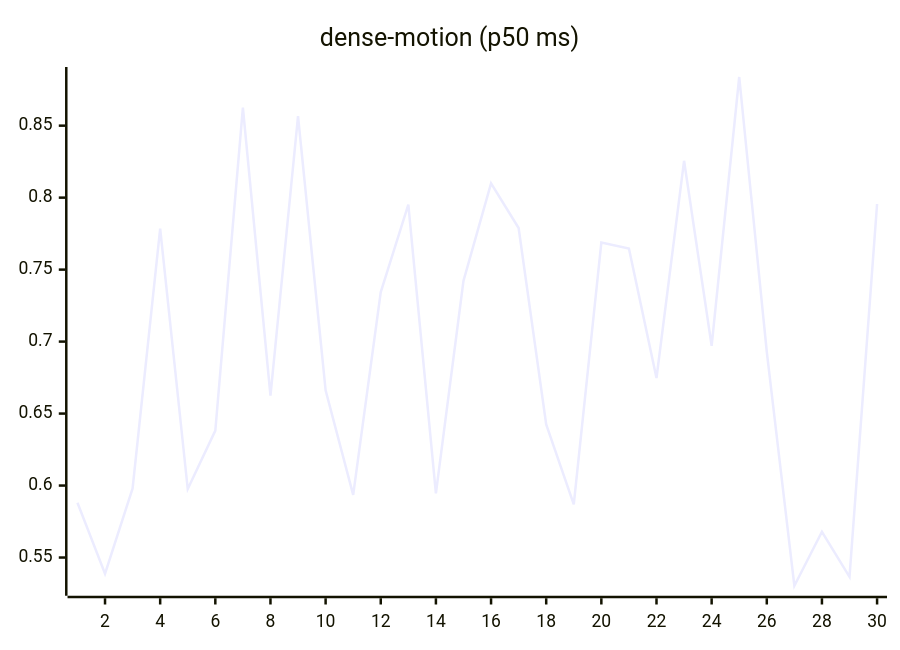
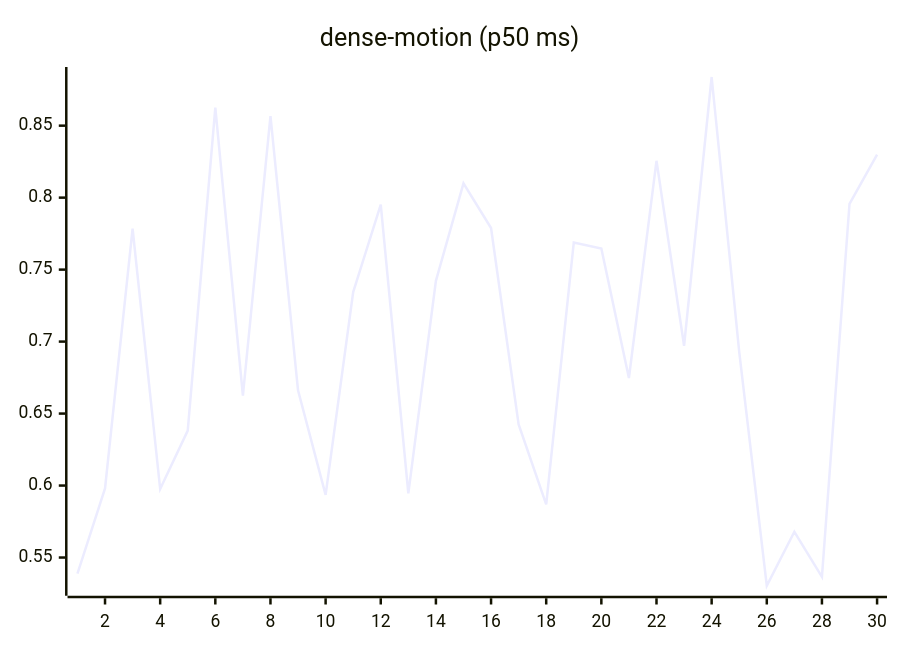
Before and after one commit to josha/Facet: the ninth of 27 diagrams in README.md, drawn with Mermaid. The commit also changed other lines of this file and 2 other files, not shown here.

````diff
--- a/README.md
+++ b/README.md
@@ -119,6 +119,6 @@
 ```mermaid
 xychart-beta
     title "dense-motion (p50 ms)"
     x-axis 1 --> 30
-    line [0.5881, 0.5388, 0.5980, 0.7785, 0.5976, 0.6382, 0.8626, 0.6624, 0.8567, 0.6662, 0.5935, 0.7344, 0.7951, 0.5946, 0.7422, 0.8099, 0.7789, 0.6425, 0.5869, 0.7688, 0.7647, 0.6747, 0.8256, 0.6971, 0.8838, 0.6929, 0.5304, 0.5679, 0.5366, 0.7956]
+    line [0.5388, 0.5980, 0.7785, 0.5976, 0.6382, 0.8626, 0.6624, 0.8567, 0.6662, 0.5935, 0.7344, 0.7951, 0.5946, 0.7422, 0.8099, 0.7789, 0.6425, 0.5869, 0.7688, 0.7647, 0.6747, 0.8256, 0.6971, 0.8838, 0.6929, 0.5304, 0.5679, 0.5366, 0.7956, 0.8299]
 ```
````
